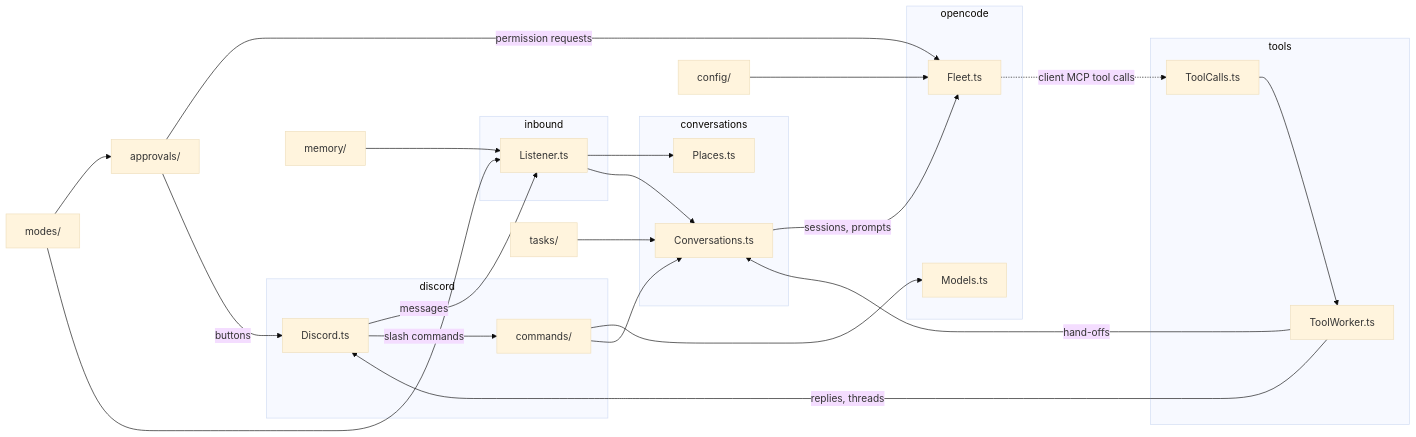
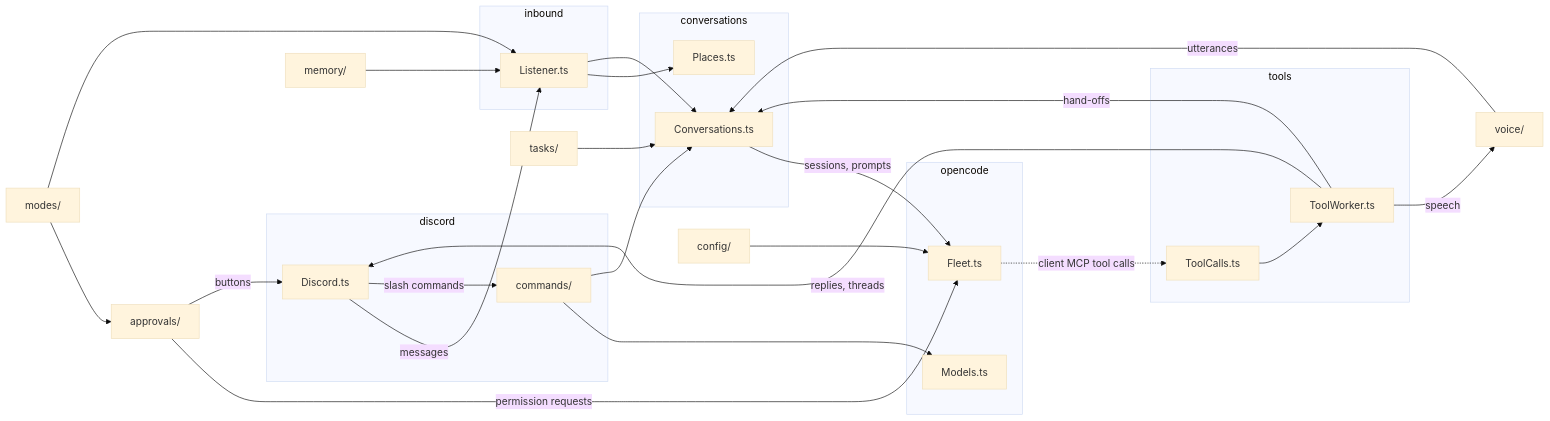
Before and after one commit to heditwo/wendell: the diagram in AGENTS.md, drawn with Mermaid (base theme). The commit also changed other lines of this file and 36 other files, not shown here.

Commit message:
feat: join Discord voice calls, transcribe speech and answer aloud

````diff
--- a/AGENTS.md
+++ b/AGENTS.md
@@ -46,40 +46,42 @@
 ```mermaid
 flowchart LR
   subgraph discord
     D[Discord.ts]
     K[commands/]
   end
   subgraph inbound
     L[Listener.ts]
   end
   subgraph conversations
     C[Conversations.ts]
     P[Places.ts]
   end
   subgraph opencode
     F[Fleet.ts]
     M[Models.ts]
   end
   subgraph tools
     T[ToolCalls.ts]
     W[ToolWorker.ts]
   end
   D -- messages --> L
   L --> P
   L --> C
   C -- sessions, prompts --> F
   F -. client MCP tool calls .-> T
   T --> W
   W -- replies, threads --> D
   W -- hand-offs --> C
   D -- slash commands --> K
   K --> M
   K --> C
   A[approvals/] -- permission requests --> F
   A -- buttons --> D
   MEM[memory/] --> L
   TA[tasks/] --> C
   MO[modes/] --> A
+  V[voice/] -- utterances --> C
+  W -- speech --> V
   MO --> L
   CFG[config/] --> F
 ```
````
